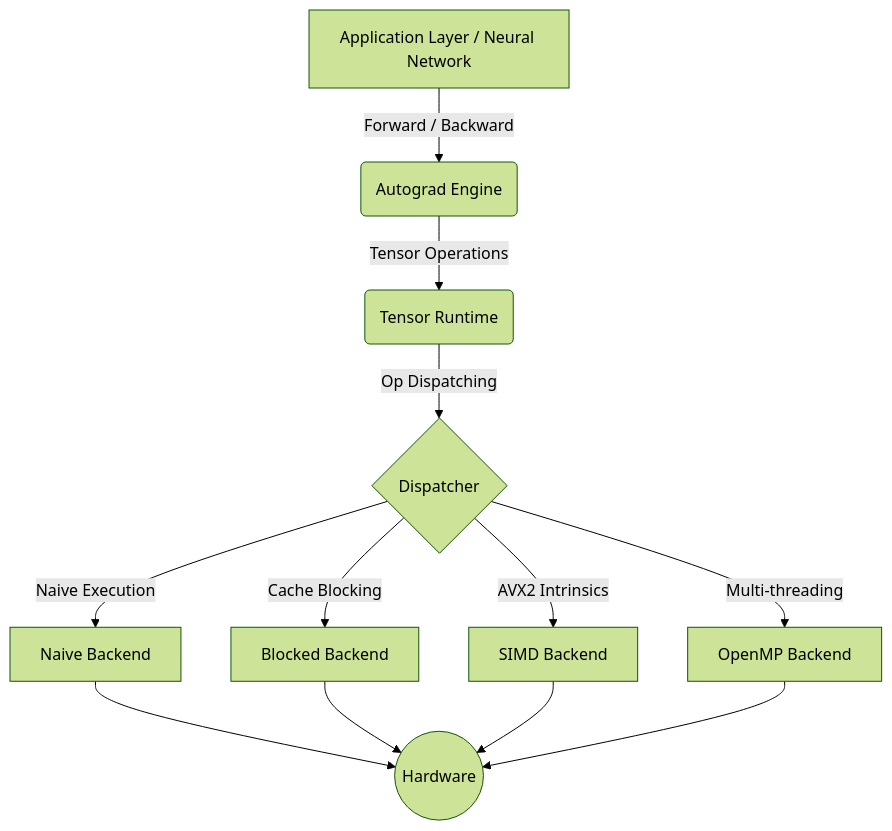
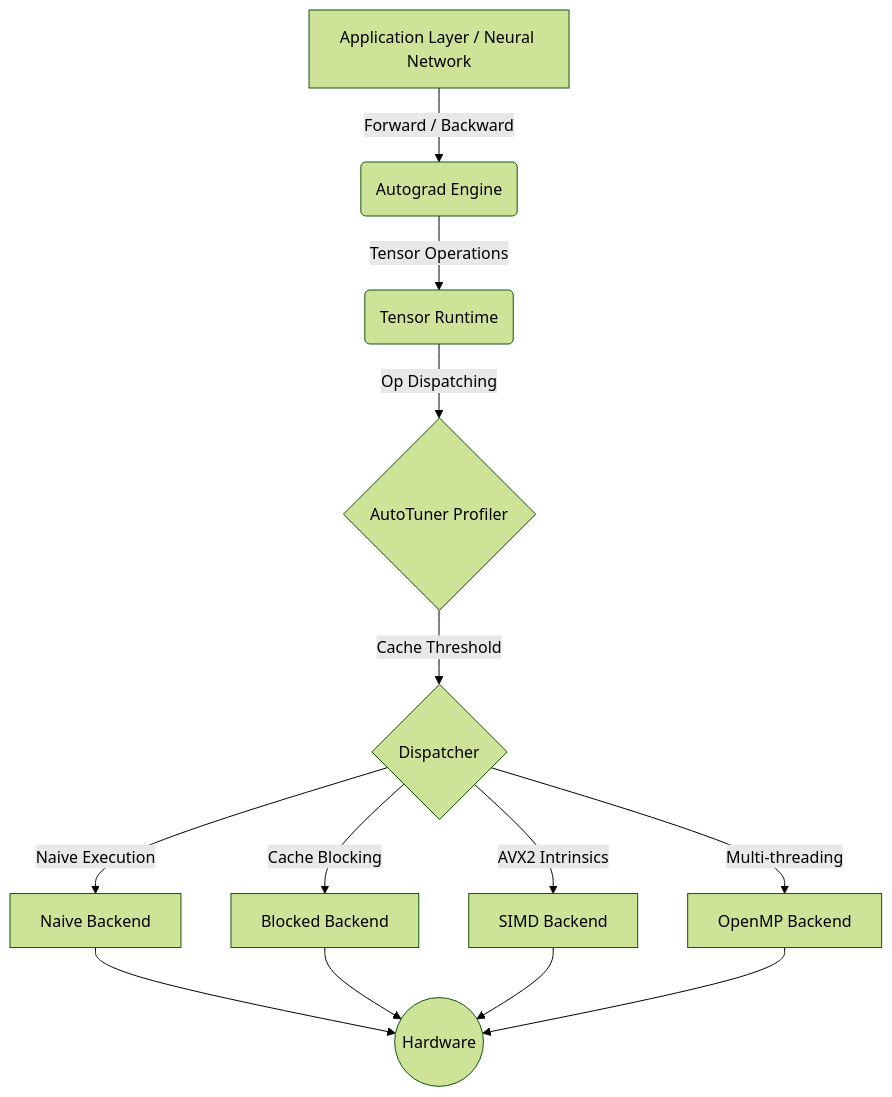
The diagram in docs/architecture.md (minhduc5a15/HELIX), drawn with Mermaid (forest theme) before and after one commit. The commit also changed other lines of this file and 7 other files, not shown here.

First line of the commit message:
docs: update architecture, benchmark reports, and README for Phase 3

````diff
--- a/docs/architecture.md
+++ b/docs/architecture.md
@@ -9,16 +9,17 @@
 ```mermaid
 graph TD
     A[Application Layer / Neural Network] -->|Forward / Backward| B(Autograd Engine)
     B -->|Tensor Operations| C(Tensor Runtime)
-    C -->|Op Dispatching| D{Dispatcher}
+    C -->|Op Dispatching| J{AutoTuner Profiler}
+    J -->|Cache Threshold| D{Dispatcher}
     
     D -->|Naive Execution| E[Naive Backend]
     D -->|Cache Blocking| F[Blocked Backend]
     D -->|AVX2 Intrinsics| G[SIMD Backend]
     D -->|Multi-threading| H[OpenMP Backend]
     
     E --> I((Hardware))
     F --> I
     G --> I
     H --> I
 ```
````
